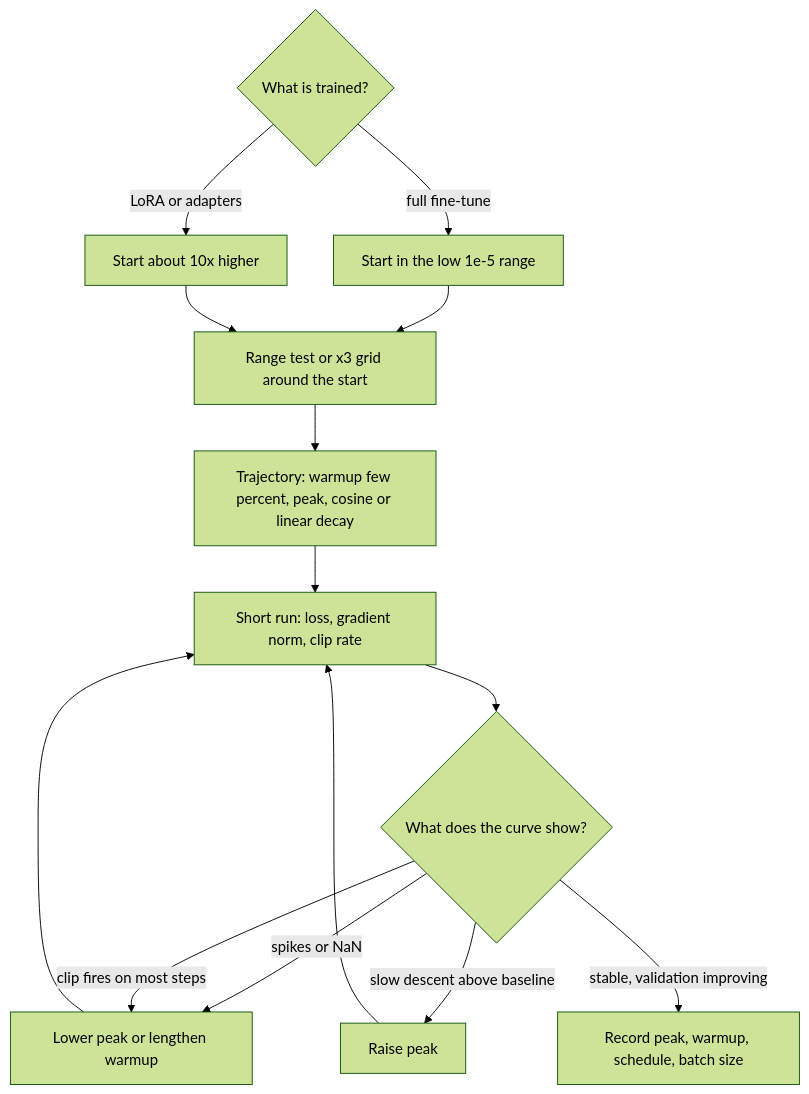
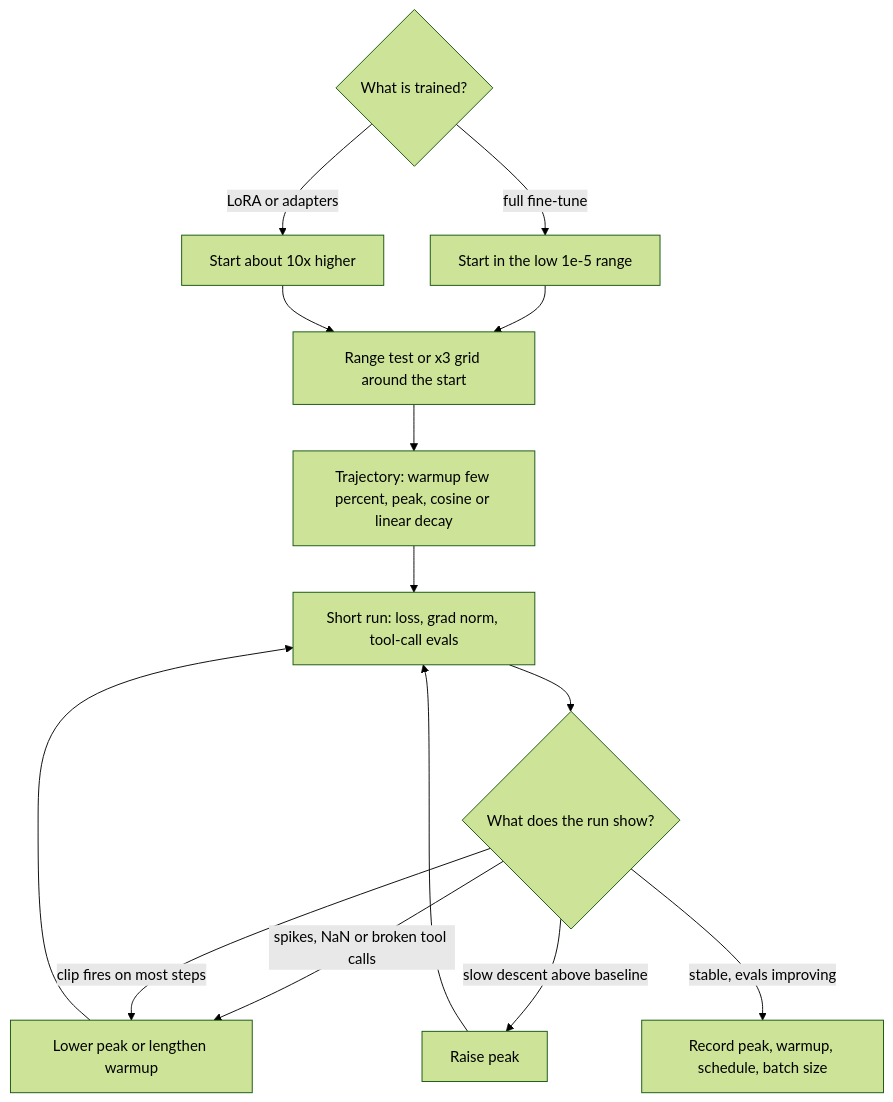
The diagram in content/training-adaptation/learning-rate.md (lovishmahajan97/agentic-learning), drawn with Mermaid (forest theme) before and after one commit. The commit also changed other lines of this file and 266 other files, not shown here.

````diff
--- a/content/training-adaptation/learning-rate.md
+++ b/content/training-adaptation/learning-rate.md
@@ -125,16 +144,16 @@
 ```mermaid
 flowchart TD
     P{"What is trained?"} -->|"full fine-tune"| F["Start in the low 1e-5 range"]
     P -->|"LoRA or adapters"| L["Start about 10x higher"]
     F --> G["Range test or x3 grid around the start"]
     L --> G
     G --> T["Trajectory: warmup few percent, peak, cosine or linear decay"]
-    T --> R["Short run: loss, gradient norm, clip rate"]
-    R --> D{"What does the curve show?"}
-    D -->|"spikes or NaN"| H["Lower peak or lengthen warmup"]
+    T --> R["Short run: loss, grad norm, tool-call evals"]
+    R --> D{"What does the run show?"}
+    D -->|"spikes, NaN or broken tool calls"| H["Lower peak or lengthen warmup"]
     D -->|"slow descent above baseline"| U["Raise peak"]
     D -->|"clip fires on most steps"| H
     H --> R
     U --> R
-    D -->|"stable, validation improving"| OK["Record peak, warmup, schedule, batch size"]
+    D -->|"stable, evals improving"| OK["Record peak, warmup, schedule, batch size"]
 ```
````
